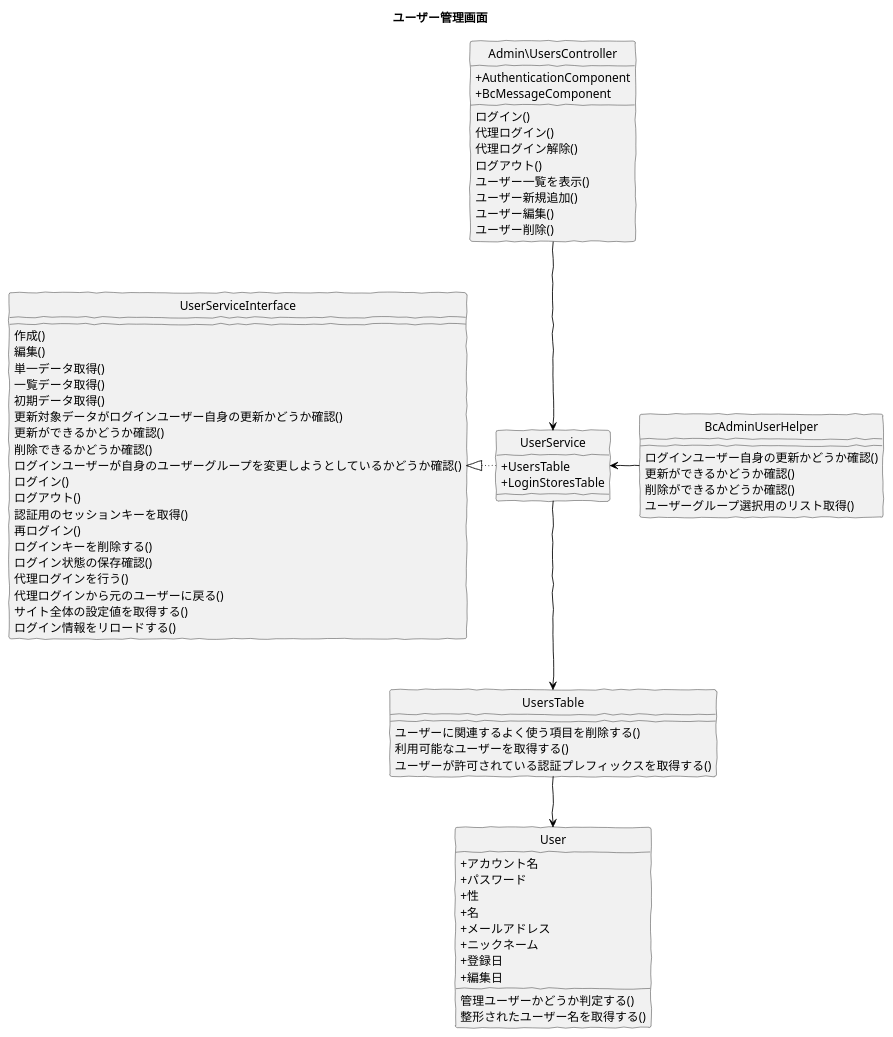
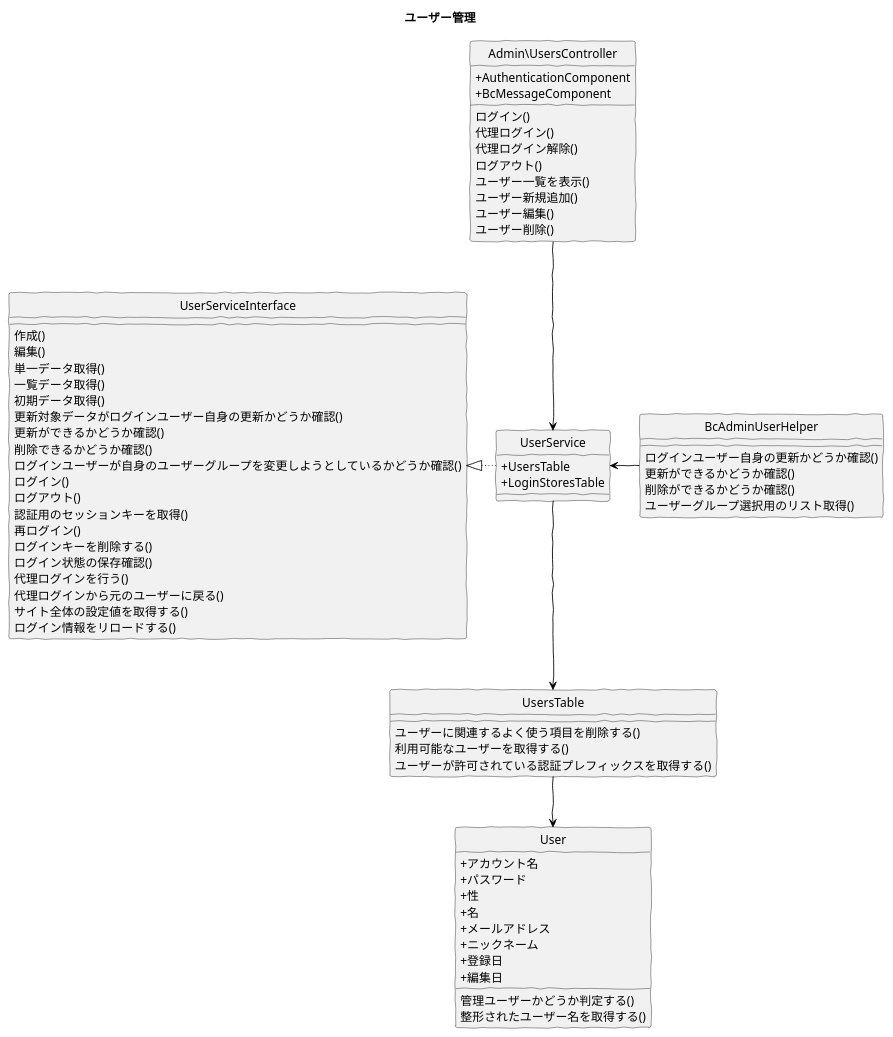
One commit to baserproject/baserproject.github.io changed the diagram in src/puml/5/ucmitz/class/manage_users.puml. Above: the diagram before and after it, drawn with PlantUML. The commit also changed 18 other files, not shown here.

```diff
--- a/src/puml/5/ucmitz/class/manage_users.puml
+++ b/src/puml/5/ucmitz/class/manage_users.puml
@@ -1,80 +1,80 @@
 @startuml
 skinparam handwritten true
 hide circle
 skinparam classAttributeIconSize 0
 
-title ユーザー管理画面
+title ユーザー管理
 
 class Admin\UsersController {
   + AuthenticationComponent
   + BcMessageComponent 
   ログイン()
   代理ログイン()
   代理ログイン解除()
   ログアウト()
   ユーザー一覧を表示()
   ユーザー新規追加()
   ユーザー編集()
   ユーザー削除()
 }
 
 class BcAdminUserHelper {
   ログインユーザー自身の更新かどうか確認()
   更新ができるかどうか確認()
   削除ができるかどうか確認()
   ユーザーグループ選択用のリスト取得()
 }
 
 class UserService {
   + UsersTable
   + LoginStoresTable
 }
 
 class UserServiceInterface {
   作成()
   編集()
   単一データ取得()
   一覧データ取得()
   初期データ取得()
   更新対象データがログインユーザー自身の更新かどうか確認()
   更新ができるかどうか確認()
   削除できるかどうか確認()
   ログインユーザーが自身のユーザーグループを変更しようとしているかどうか確認()
   ログイン()
   ログアウト()
   認証用のセッションキーを取得()
   再ログイン()
   ログインキーを削除する()
   ログイン状態の保存確認()
   代理ログインを行う()
   代理ログインから元のユーザーに戻る()
   サイト全体の設定値を取得する()
   ログイン情報をリロードする()
 }
 
 class UsersTable {
   ユーザーに関連するよく使う項目を削除する()
   利用可能なユーザーを取得する()
   ユーザーが許可されている認証プレフィックスを取得する()
 }
 
 class User {
    + アカウント名
    + パスワード
    + 性
    + 名
    + メールアドレス
    + ニックネーム
    + 登録日
    + 編集日
    管理ユーザーかどうか判定する()
    整形されたユーザー名を取得する()
 }
 
 Admin\UsersController -down[#Black]-> UserService
 BcAdminUserHelper -left[#Black]-> UserService
 UserService -down[#Black]-> UsersTable
 UserService -left[dotted,#Black]-|> UserServiceInterface
 UsersTable -down[#Black]-> User
 
 @enduml
```
